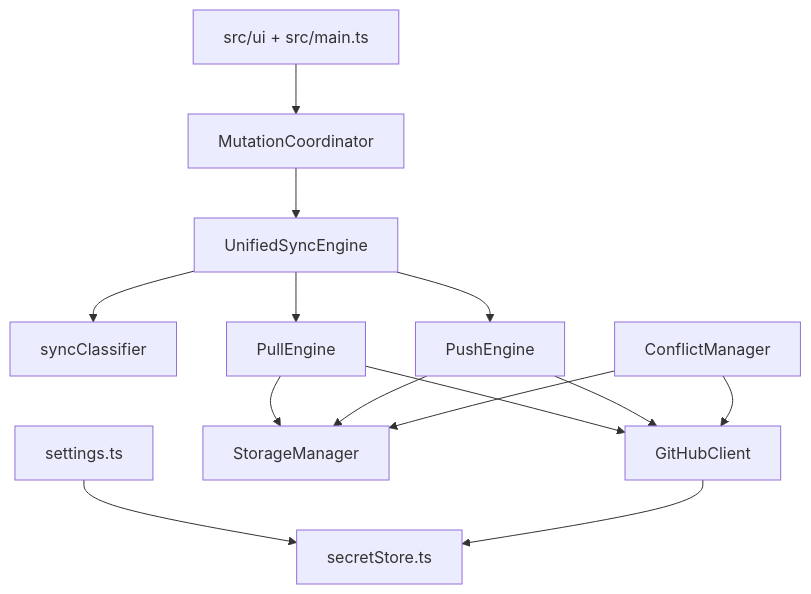
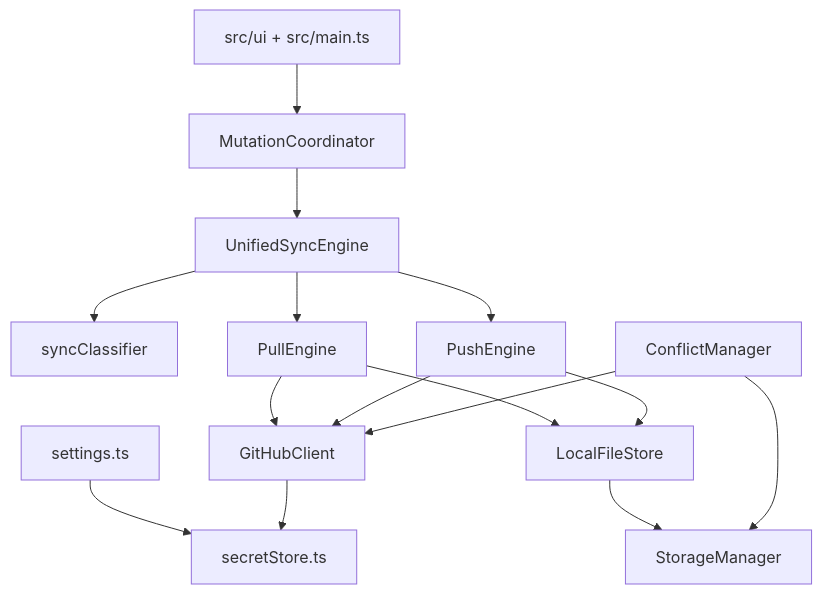
Before and after one commit to ankhang0704/github-vault-relay: the second of 3 diagrams in docs/ARCHITECTURE.md, drawn with Mermaid. The commit also changed other lines of this file and 18 other files, not shown here.

````diff
--- a/docs/ARCHITECTURE.md
+++ b/docs/ARCHITECTURE.md
@@ -21,16 +21,17 @@
 ```mermaid
 flowchart TD
     UI[src/ui + src/main.ts] --> Lease[MutationCoordinator]
     Lease --> Unified[UnifiedSyncEngine]
     Unified --> Classifier[syncClassifier]
     Unified --> Pull[PullEngine]
     Unified --> Push[PushEngine]
     Pull --> Client[GitHubClient]
     Push --> Client
-    Pull --> Store[StorageManager]
-    Push --> Store
+    Pull --> LocalStore[LocalFileStore]
+    Push --> LocalStore
+    LocalStore --> Store[StorageManager]
     Conf[ConflictManager] --> Client
     Conf --> Store
     Settings[settings.ts] --> Secrets[secretStore.ts]
     Client --> Secrets
 ```
````
